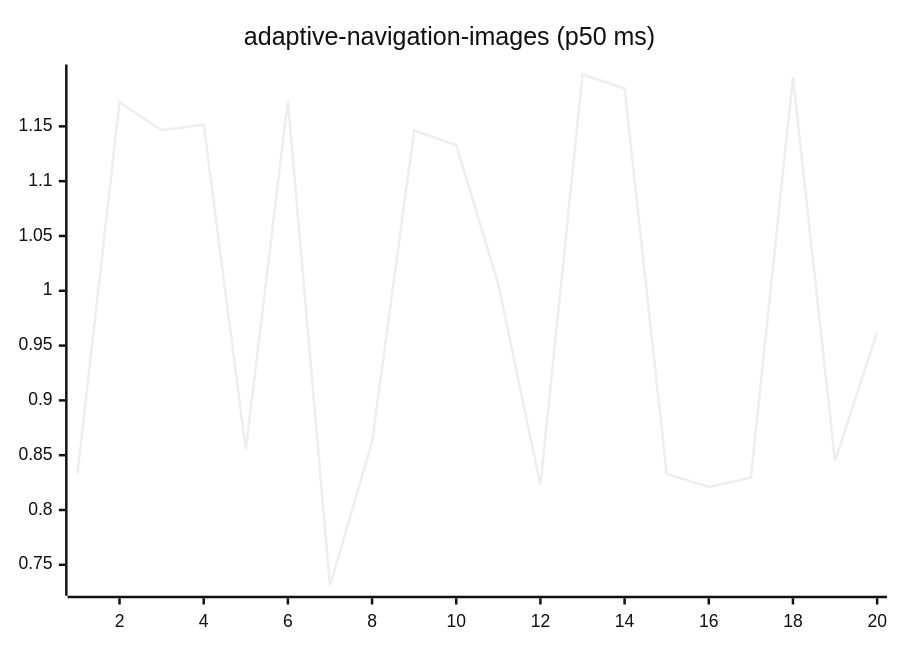
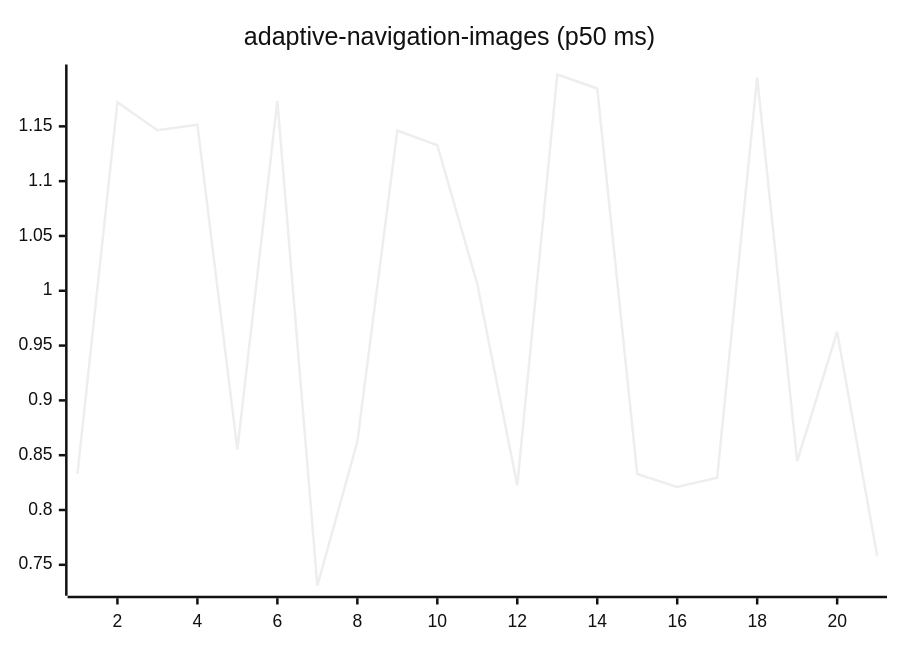
One commit to josha/Facet changed the first of 27 diagrams in README.md. Above: the diagram before and after it, drawn with Mermaid (neutral theme). The commit also changed other lines of this file and 2 other files, not shown here.

````diff
--- a/README.md
+++ b/README.md
@@ -63,6 +63,6 @@
 ```mermaid
 xychart-beta
     title "adaptive-navigation-images (p50 ms)"
-    x-axis 1 --> 20
-    line [0.8330, 1.1721, 1.1465, 1.1515, 0.8551, 1.1733, 0.7309, 0.8622, 1.1462, 1.1328, 1.0062, 0.8224, 1.1973, 1.1845, 0.8328, 0.8211, 0.8295, 1.1947, 0.8446, 0.9624]
+    x-axis 1 --> 21
+    line [0.8330, 1.1721, 1.1465, 1.1515, 0.8551, 1.1733, 0.7309, 0.8622, 1.1462, 1.1328, 1.0062, 0.8224, 1.1973, 1.1845, 0.8328, 0.8211, 0.8295, 1.1947, 0.8446, 0.9624, 0.7583]
 ```
````
